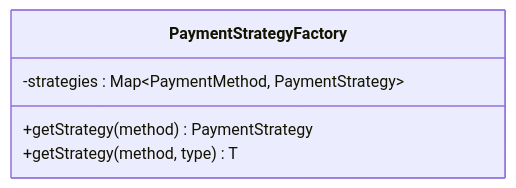
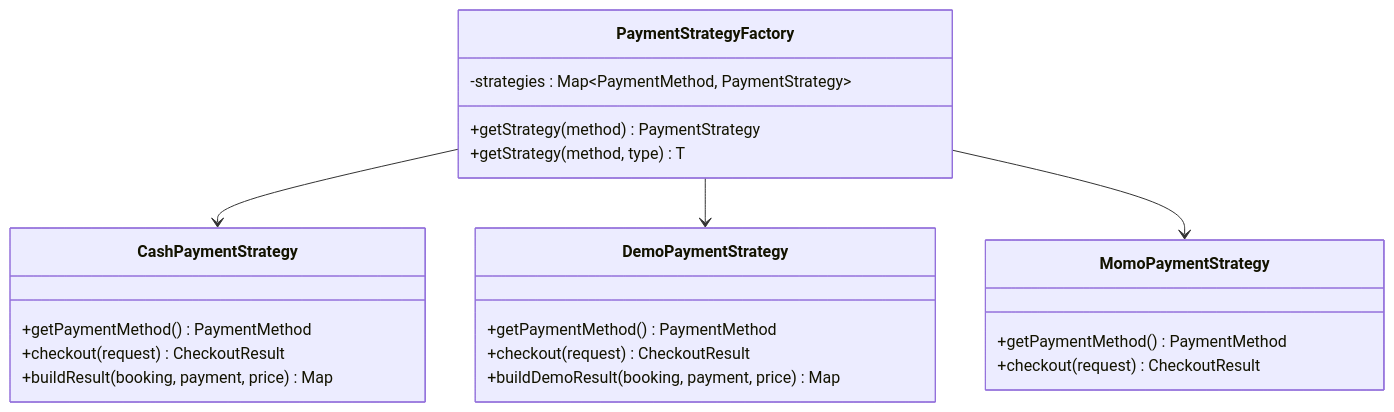
The fourth of 9 diagrams in .qoder/repowiki/en/content/Backend Development/Service Layer Implementation/Core Business Services/Checkout Service.md (anhtudayne/Design_Pattern), drawn with Mermaid before and after one commit. The commit also changed other lines of this file and 10 other files, not shown here.

````diff
--- a/.qoder/repowiki/en/content/Backend Development/Service Layer Implementation/Core Business Services/Checkout Service.md
+++ b/.qoder/repowiki/en/content/Backend Development/Service Layer Implementation/Core Business Services/Checkout Service.md
@@ -189,8 +212,25 @@
 ```mermaid
 classDiagram
 class PaymentStrategyFactory {
 -strategies : Map~PaymentMethod, PaymentStrategy~
 +getStrategy(method) PaymentStrategy
 +getStrategy(method, type) T
 }
+class CashPaymentStrategy {
++getPaymentMethod() PaymentMethod
++checkout(request) CheckoutResult
++buildResult(booking, payment, price) Map
+}
+class DemoPaymentStrategy {
++getPaymentMethod() PaymentMethod
++checkout(request) CheckoutResult
++buildDemoResult(booking, payment, price) Map
+}
+class MomoPaymentStrategy {
++getPaymentMethod() PaymentMethod
++checkout(request) CheckoutResult
+}
+PaymentStrategyFactory --> CashPaymentStrategy
+PaymentStrategyFactory --> DemoPaymentStrategy
+PaymentStrategyFactory --> MomoPaymentStrategy
 ```
````
